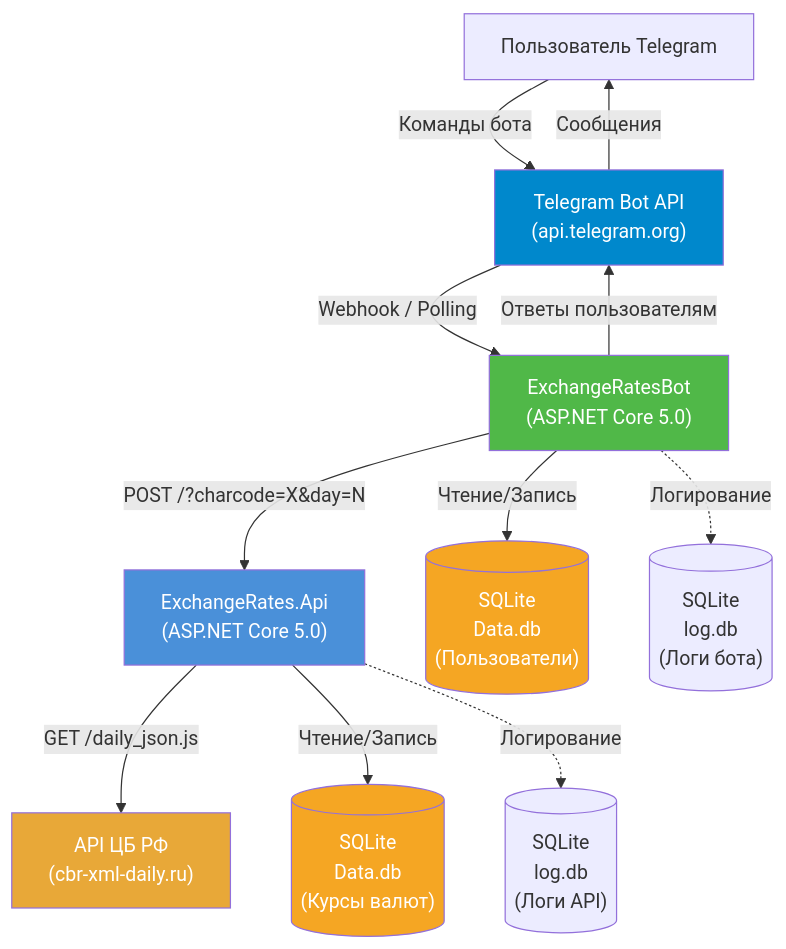
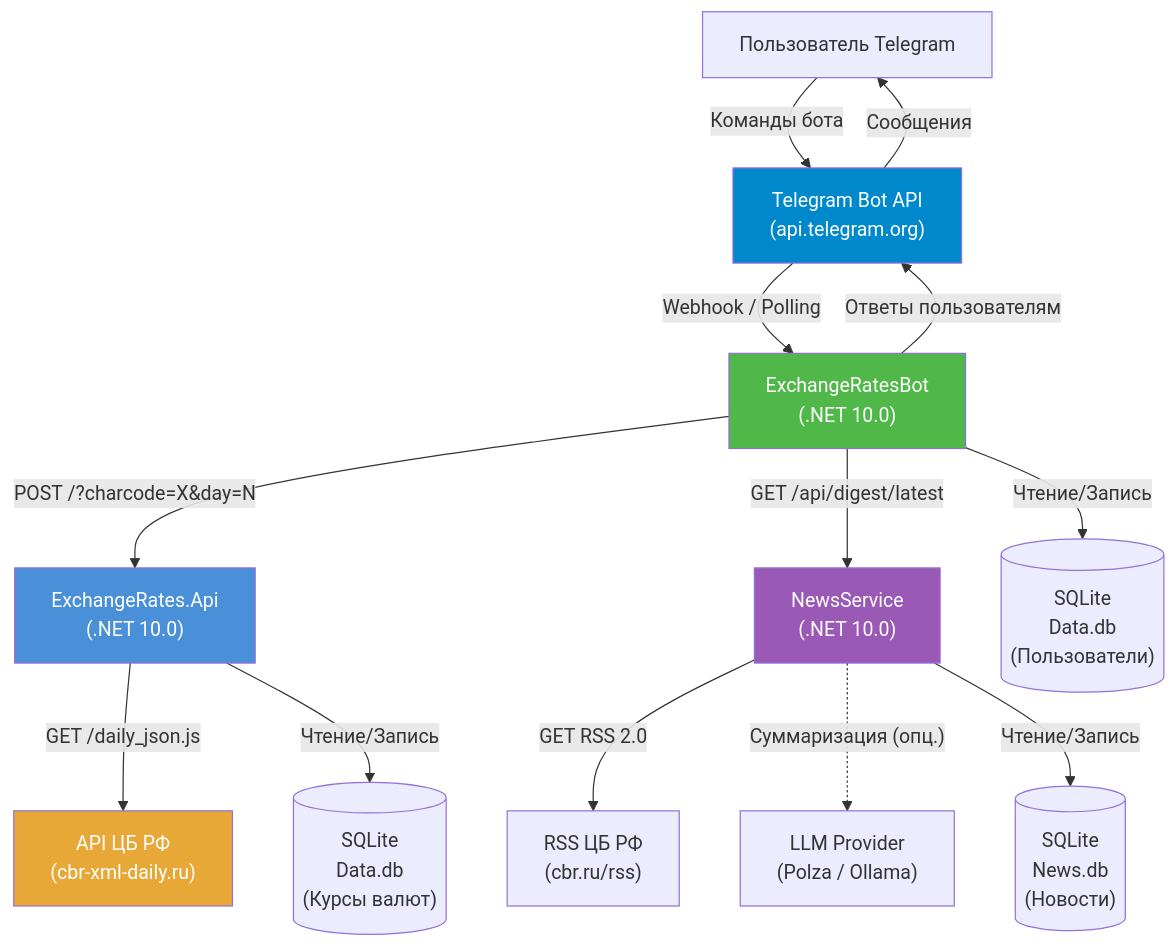
One commit to Jenausmax/ExchangeRates.Api changed the first of 20 diagrams in doc/architecture.md. Above: the diagram before and after it, drawn with Mermaid. The commit also changed other lines of this file and 2 other files, not shown here.

````diff
--- a/doc/architecture.md
+++ b/doc/architecture.md
@@ -52,30 +57,33 @@
 ```mermaid
 graph TB
     User["Пользователь Telegram"]
     TelegramAPI["Telegram Bot API<br/>(api.telegram.org)"]
-    Bot["ExchangeRatesBot<br/>(ASP.NET Core 5.0)"]
-    API["ExchangeRates.Api<br/>(ASP.NET Core 5.0)"]
+    Bot["ExchangeRatesBot<br/>(.NET 10.0)"]
+    API["ExchangeRates.Api<br/>(.NET 10.0)"]
+    News["NewsService<br/>(.NET 10.0)"]
     CBRAPI["API ЦБ РФ<br/>(cbr-xml-daily.ru)"]
+    CBRRSS["RSS ЦБ РФ<br/>(cbr.ru/rss)"]
+    LLM["LLM Provider<br/>(Polza / Ollama)"]
     APIDb[("SQLite<br/>Data.db<br/>(Курсы валют)")]
     BotDb[("SQLite<br/>Data.db<br/>(Пользователи)")]
-    LogDbApi[("SQLite<br/>log.db<br/>(Логи API)")]
-    LogDbBot[("SQLite<br/>log.db<br/>(Логи бота)")]
+    NewsDb[("SQLite<br/>News.db<br/>(Новости)")]
 
     User -->|"Команды бота"| TelegramAPI
     TelegramAPI -->|"Webhook / Polling"| Bot
     Bot -->|"POST /?charcode=X&day=N"| API
+    Bot -->|"GET /api/digest/latest"| News
     API -->|"GET /daily_json.js"| CBRAPI
+    News -->|"GET RSS 2.0"| CBRRSS
+    News -.->|"Суммаризация (опц.)"| LLM
     API -->|"Чтение/Запись"| APIDb
     Bot -->|"Чтение/Запись"| BotDb
-    API -.->|"Логирование"| LogDbApi
-    Bot -.->|"Логирование"| LogDbBot
+    News -->|"Чтение/Запись"| NewsDb
     Bot -->|"Ответы пользователям"| TelegramAPI
     TelegramAPI -->|"Сообщения"| User
 
     style API fill:#4a90d9,color:#fff
     style Bot fill:#50b848,color:#fff
+    style News fill:#9b59b6,color:#fff
     style CBRAPI fill:#e8a838,color:#fff
     style TelegramAPI fill:#0088cc,color:#fff
-    style APIDb fill:#f5a623,color:#fff
-    style BotDb fill:#f5a623,color:#fff
 ```
````
